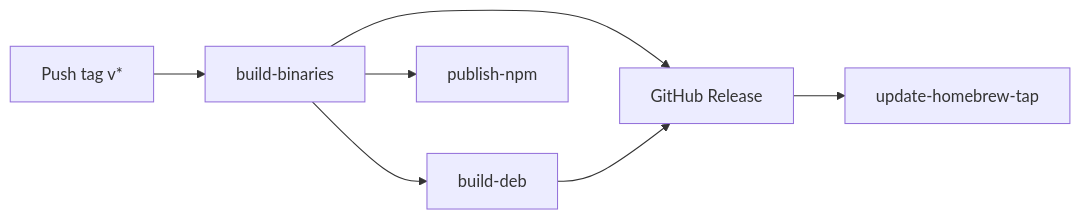
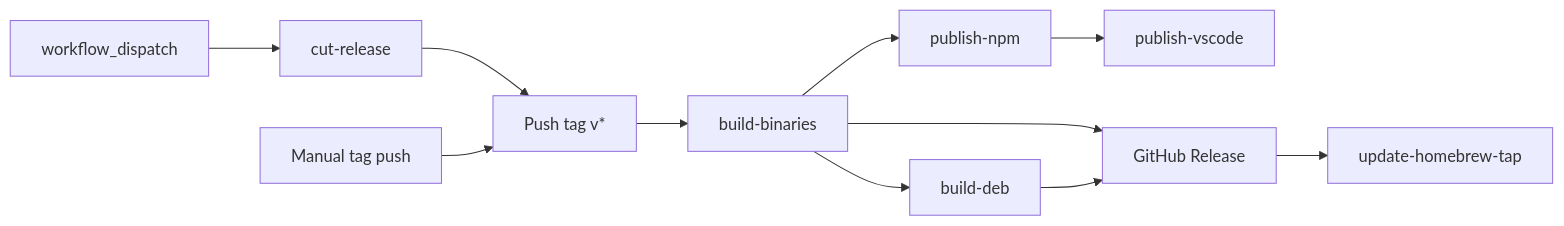
The diagram in specs/releasing.md (lolay/nowline), drawn with Mermaid before and after one commit. The commit also changed other lines of this file and 11 other files, not shown here.

````diff
--- a/specs/releasing.md
+++ b/specs/releasing.md
@@ -29,9 +74,13 @@
 ```mermaid
 flowchart LR
-    tag[Push tag v*] --> binaries[build-binaries]
+    dispatch[workflow_dispatch] --> cut[cut-release]
+    cut --> tagpush[Push tag v*]
+    direct[Manual tag push] --> tagpush
+    tagpush --> binaries[build-binaries]
     binaries --> deb[build-deb]
     binaries --> npm[publish-npm]
+    npm --> vscode[publish-vscode]
     binaries --> release[GitHub Release]
     deb --> release
     release --> tap[update-homebrew-tap]
 ```
````
